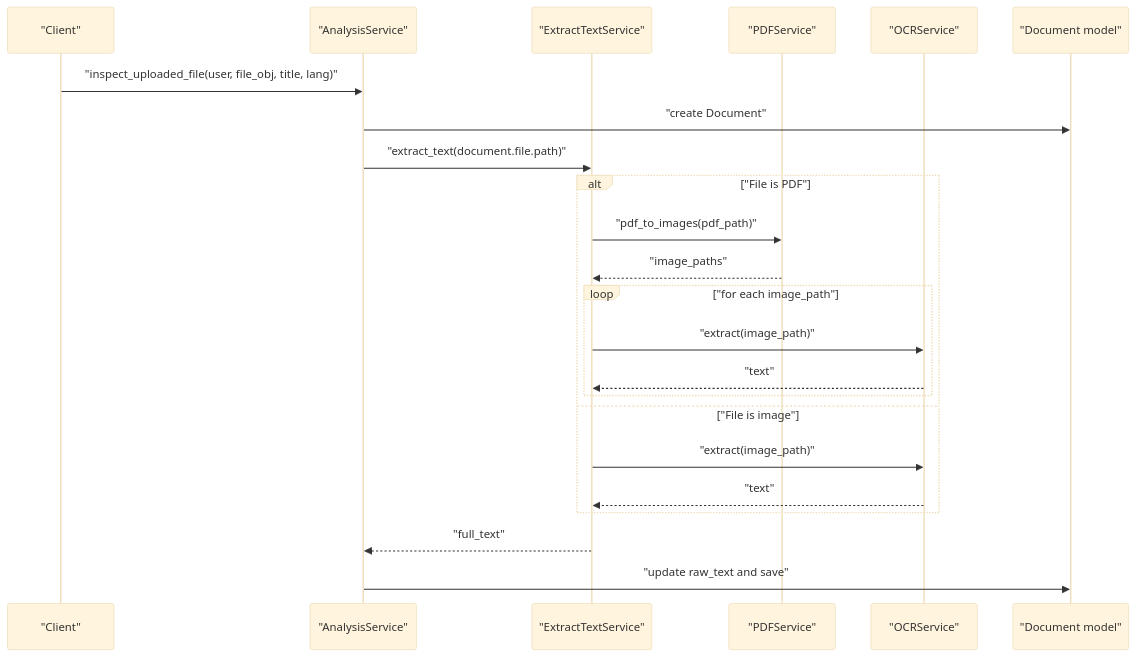
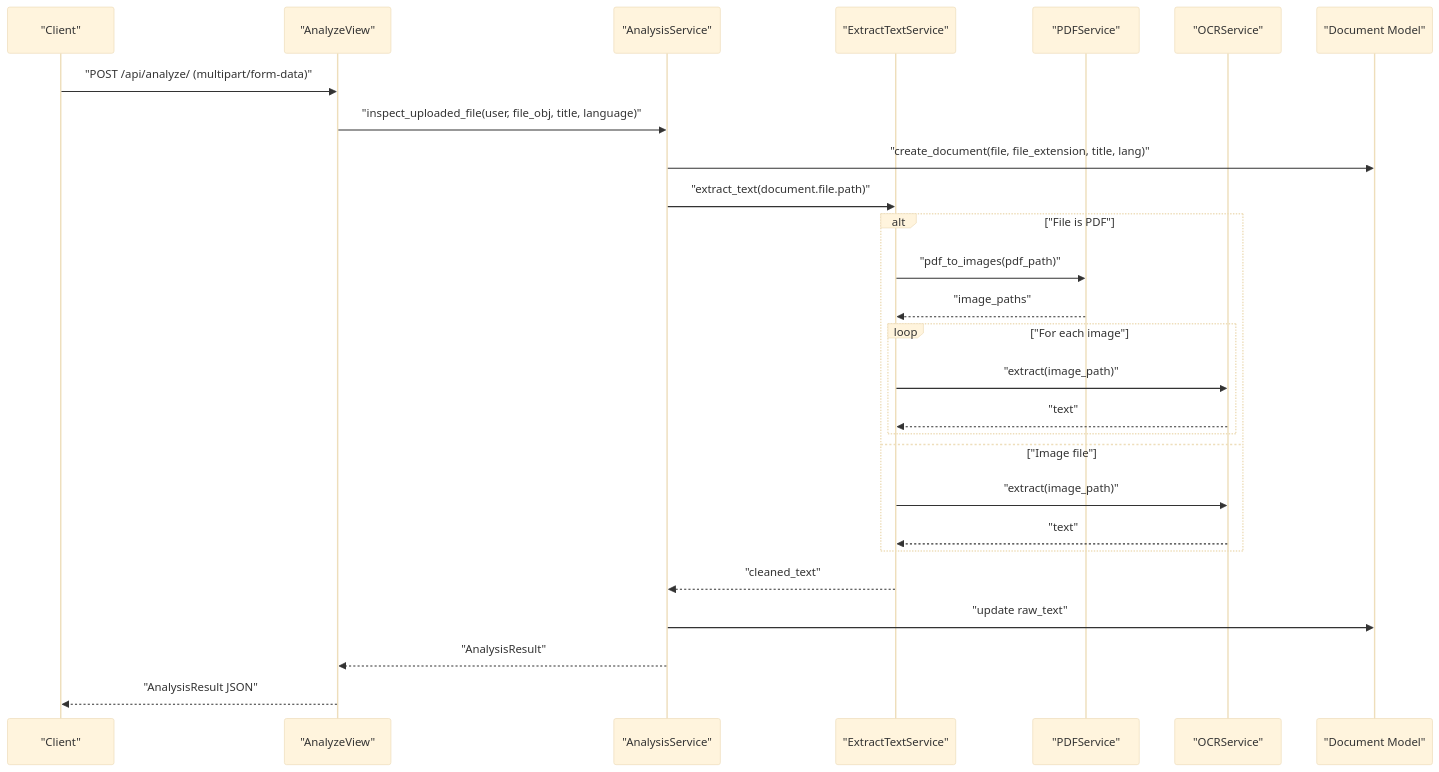
One commit to HamzaHindo/veritasshield changed the second of 8 diagrams in backend/.qoder/repowiki/en/content/Text Extraction Engine/OCR Service Implementation.md. Above: the diagram before and after it, drawn with Mermaid (base theme). The commit also changed other lines of this file and 49 other files, not shown here.

````diff
--- a/backend/.qoder/repowiki/en/content/Text Extraction Engine/OCR Service Implementation.md
+++ b/backend/.qoder/repowiki/en/content/Text Extraction Engine/OCR Service Implementation.md
@@ -104,25 +95,29 @@
 ```mermaid
 sequenceDiagram
 participant Client as "Client"
-participant Analysis as "AnalysisService"
+participant View as "AnalyzeView"
+participant Service as "AnalysisService"
 participant Extract as "ExtractTextService"
 participant PDF as "PDFService"
 participant OCR as "OCRService"
-participant DB as "Document model"
-Client->>Analysis : "inspect_uploaded_file(user, file_obj, title, lang)"
-Analysis->>DB : "create Document"
-Analysis->>Extract : "extract_text(document.file.path)"
+participant Model as "Document Model"
+Client->>View : "POST /api/analyze/ (multipart/form-data)"
+View->>Service : "inspect_uploaded_file(user, file_obj, title, language)"
+Service->>Model : "create_document(file, file_extension, title, lang)"
+Service->>Extract : "extract_text(document.file.path)"
 alt "File is PDF"
 Extract->>PDF : "pdf_to_images(pdf_path)"
 PDF-->>Extract : "image_paths"
-loop "for each image_path"
+loop "For each image"
 Extract->>OCR : "extract(image_path)"
 OCR-->>Extract : "text"
 end
-else "File is image"
+else "Image file"
 Extract->>OCR : "extract(image_path)"
 OCR-->>Extract : "text"
 end
-Extract-->>Analysis : "full_text"
-Analysis->>DB : "update raw_text and save"
+Extract-->>Service : "cleaned_text"
+Service->>Model : "update raw_text"
+Service-->>View : "AnalysisResult"
+View-->>Client : "AnalysisResult JSON"
 ```
````
